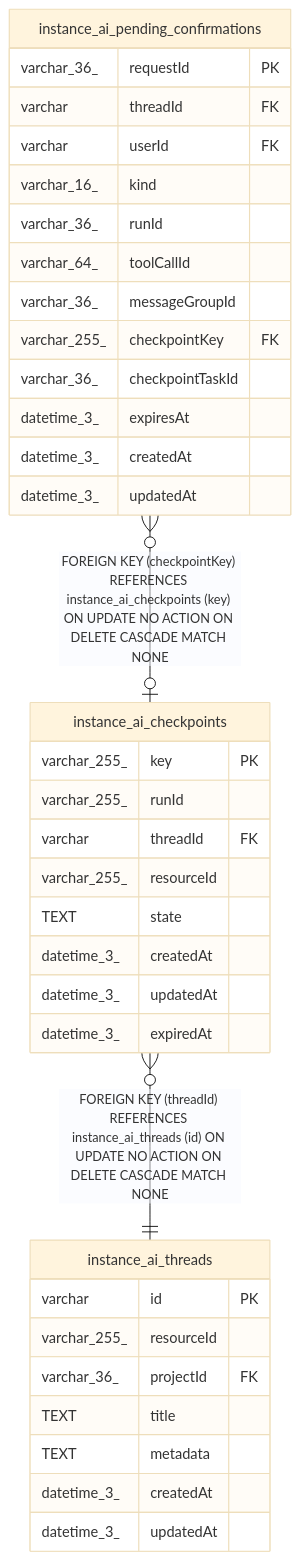
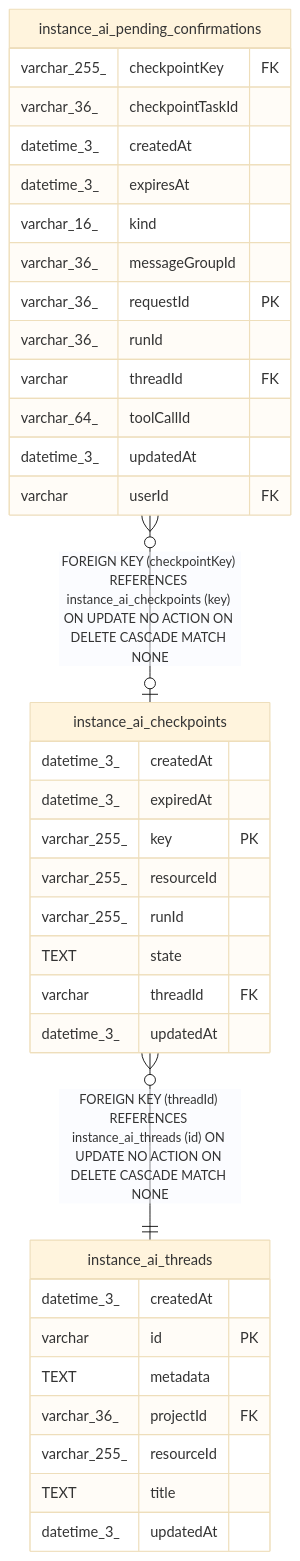
One commit to mayankjain1815-commits/n8n changed the diagram in docs/generated/sqlite-schema/instance_ai_checkpoints.md. Above: the diagram before and after it, drawn with Mermaid (base theme). The commit also changed other lines of this file and 221 other files, not shown here.

Commit message:
chore(core): Make DB schema docs generation deterministic (#32373)

````diff
--- a/docs/generated/sqlite-schema/instance_ai_checkpoints.md
+++ b/docs/generated/sqlite-schema/instance_ai_checkpoints.md
@@ -47,40 +47,40 @@
 ```mermaid
 erDiagram
 
 "instance_ai_pending_confirmations" }o--o| "instance_ai_checkpoints" : "FOREIGN KEY (checkpointKey) REFERENCES instance_ai_checkpoints (key) ON UPDATE NO ACTION ON DELETE CASCADE MATCH NONE"
 "instance_ai_checkpoints" }o--|| "instance_ai_threads" : "FOREIGN KEY (threadId) REFERENCES instance_ai_threads (id) ON UPDATE NO ACTION ON DELETE CASCADE MATCH NONE"
 
 "instance_ai_checkpoints" {
+  datetime_3_ createdAt
+  datetime_3_ expiredAt
   varchar_255_ key PK
+  varchar_255_ resourceId
   varchar_255_ runId
+  TEXT state
   varchar threadId FK
-  varchar_255_ resourceId
-  TEXT state
-  datetime_3_ createdAt
   datetime_3_ updatedAt
-  datetime_3_ expiredAt
 }
 "instance_ai_pending_confirmations" {
-  varchar_36_ requestId PK
-  varchar threadId FK
-  varchar userId FK
-  varchar_16_ kind
-  varchar_36_ runId
-  varchar_64_ toolCallId
-  varchar_36_ messageGroupId
   varchar_255_ checkpointKey FK
   varchar_36_ checkpointTaskId
+  datetime_3_ createdAt
   datetime_3_ expiresAt
-  datetime_3_ createdAt
+  varchar_16_ kind
+  varchar_36_ messageGroupId
+  varchar_36_ requestId PK
+  varchar_36_ runId
+  varchar threadId FK
+  varchar_64_ toolCallId
   datetime_3_ updatedAt
+  varchar userId FK
 }
 "instance_ai_threads" {
+  datetime_3_ createdAt
   varchar id PK
+  TEXT metadata
+  varchar_36_ projectId FK
   varchar_255_ resourceId
-  varchar_36_ projectId FK
   TEXT title
-  TEXT metadata
-  datetime_3_ createdAt
   datetime_3_ updatedAt
 }
 ```
````
